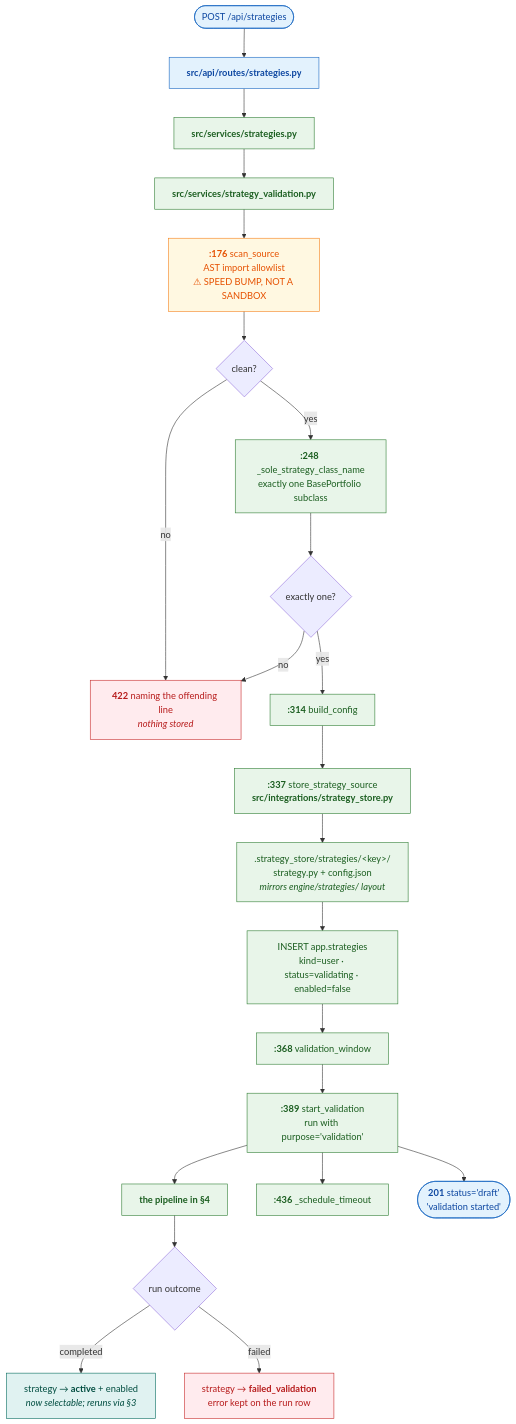
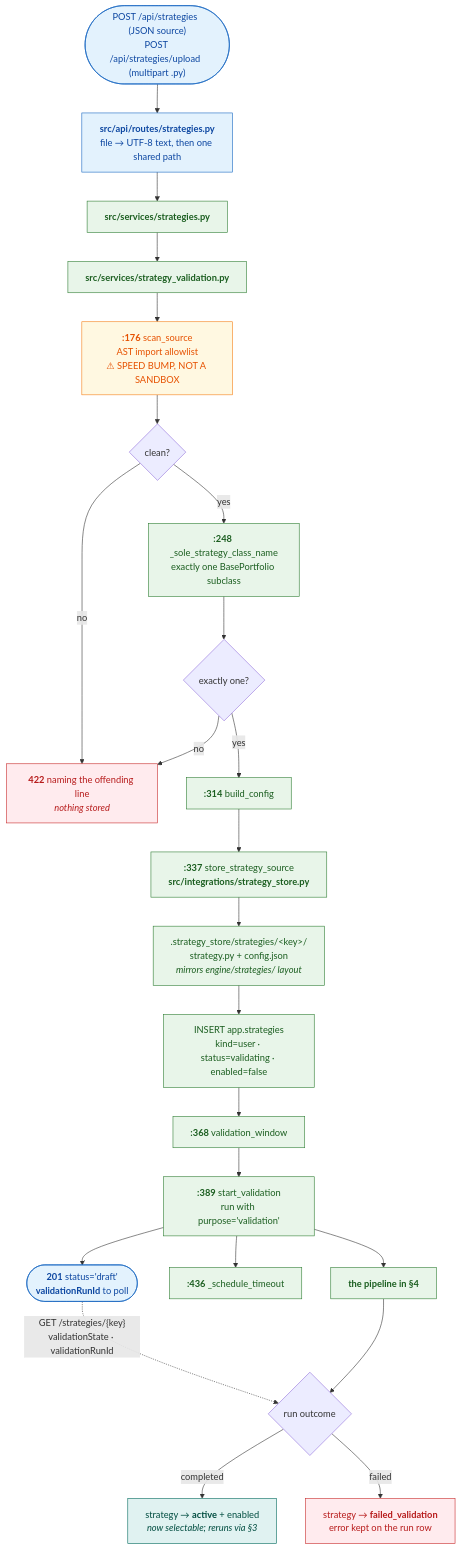
Before and after one commit to MUNQuantSociety/mqs-backtest-visualizer: the sixth of 7 diagrams in docs/ARCHITECTURE_FLOW.md, drawn with Mermaid. The commit also changed other lines of this file and 8 other files, not shown here.

````diff
--- a/docs/ARCHITECTURE_FLOW.md
+++ b/docs/ARCHITECTURE_FLOW.md
@@ -283,39 +292,40 @@
 ```mermaid
 flowchart TD
-    UP(["POST /api/strategies"]) --> SR["<b>src/api/routes/strategies.py</b>"]
+    UP(["POST /api/strategies  (JSON source)<br/>POST /api/strategies/upload  (multipart .py)"]) --> SR["<b>src/api/routes/strategies.py</b><br/>file → UTF-8 text, then one shared path"]
     SR --> SS["<b>src/services/strategies.py</b>"]
     SS --> SV["<b>src/services/strategy_validation.py</b>"]
 
     SV --> SCAN["<b>:176</b> scan_source<br/>AST import allowlist<br/>⚠ SPEED BUMP, NOT A SANDBOX"]
     SCAN --> SOK{"clean?"}
     SOK -->|no| R422["<b>422</b> naming the offending line<br/><i>nothing stored</i>"]
 
     SOK -->|yes| ONE["<b>:248</b> _sole_strategy_class_name<br/>exactly one BasePortfolio subclass"]
     ONE --> OOK{"exactly one?"}
     OOK -->|no| R422
 
     OOK -->|yes| CFG["<b>:314</b> build_config"]
     CFG --> STORE["<b>:337</b> store_strategy_source<br/><b>src/integrations/strategy_store.py</b>"]
     STORE --> LAYOUT[".strategy_store/strategies/&lt;key&gt;/<br/>strategy.py + config.json<br/><i>mirrors engine/strategies/ layout</i>"]
     LAYOUT --> ROW["INSERT app.strategies<br/>kind=user · status=validating · enabled=false"]
     ROW --> WIN["<b>:368</b> validation_window"]
     WIN --> SV2["<b>:389</b> start_validation<br/>run with purpose='validation'"]
     SV2 --> PIPE["<b>the pipeline in §4</b>"]
     SV2 --> TO["<b>:436</b> _schedule_timeout"]
-    SV2 --> RESP(["<b>201</b> status='draft'<br/>'validation started'"])
+    SV2 --> RESP(["<b>201</b> status='draft'<br/><b>validationRunId</b> to poll"])
+    RESP -.->|"GET /strategies/{key}<br/>validationState · validationRunId"| OUT
 
     PIPE --> OUT{"run outcome"}
     OUT -->|completed| ACT["strategy → <b>active</b> + enabled<br/><i>now selectable; reruns via §3</i>"]
     OUT -->|failed| BAD["strategy → <b>failed_validation</b><br/>error kept on the run row"]
 
     classDef http fill:#e3f2fd,stroke:#1565c0,color:#0d47a1
     classDef svc fill:#e8f5e9,stroke:#2e7d32,color:#1b5e20
     classDef warn fill:#fff8e1,stroke:#f57f17,color:#e65100
     classDef err fill:#ffebee,stroke:#c62828,color:#b71c1c
     classDef good fill:#e0f2f1,stroke:#00695c,color:#004d40
     class UP,SR,RESP http
     class SS,SV,ONE,CFG,STORE,LAYOUT,ROW,WIN,SV2,TO,PIPE svc
     class SCAN warn
     class R422,BAD err
     class ACT good
 ```
````
